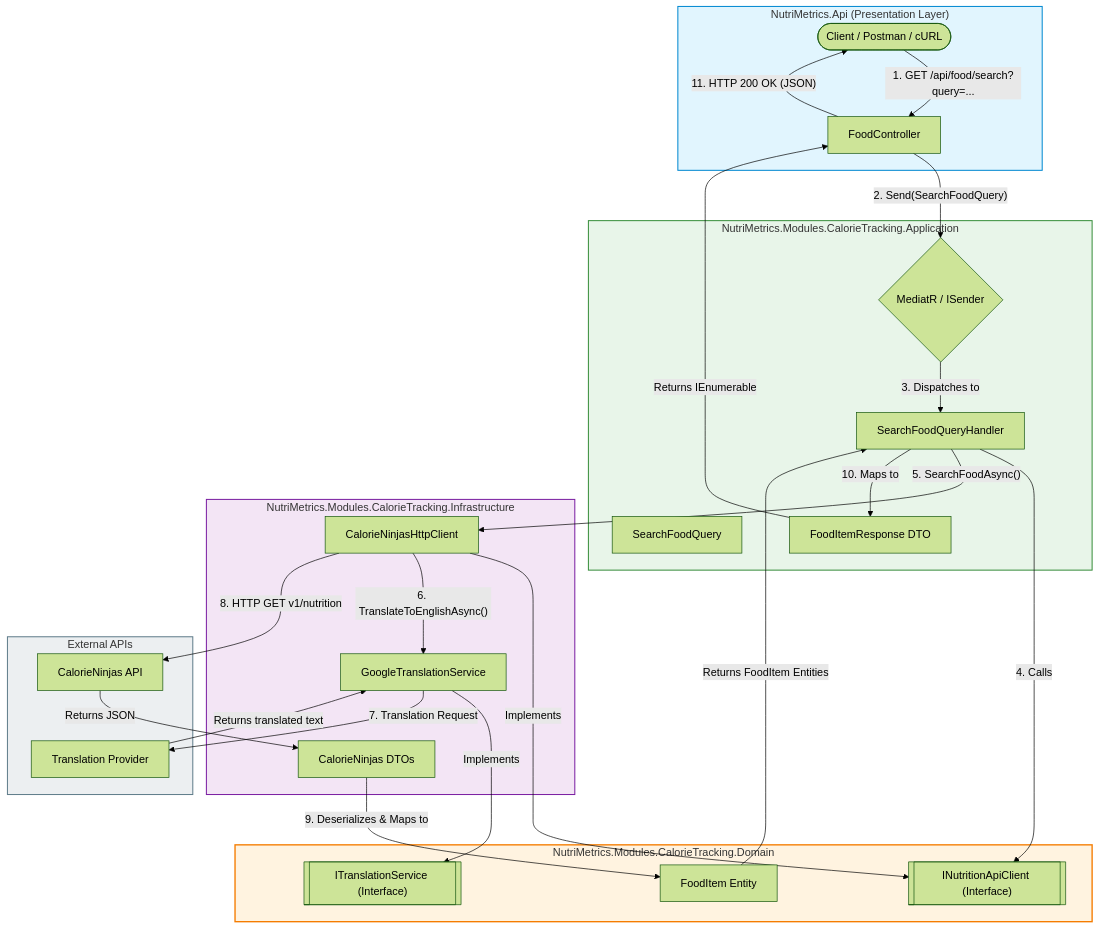
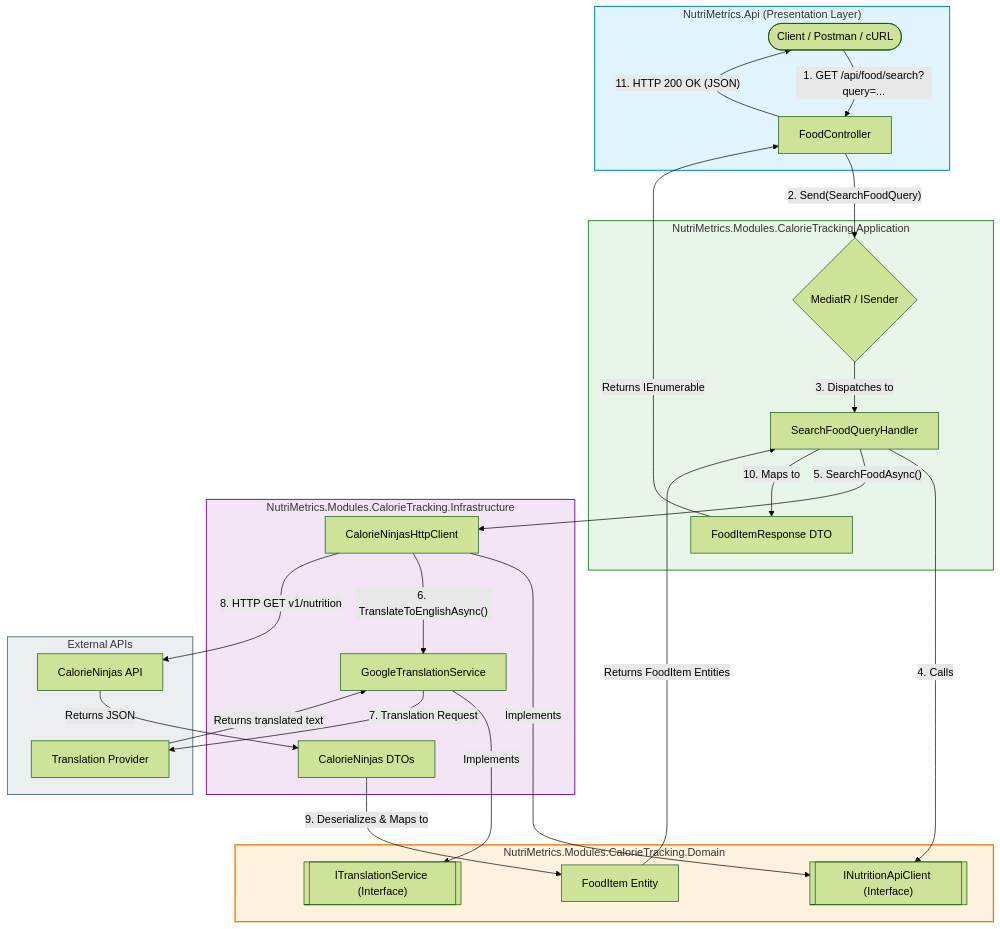
Before and after one commit to quirosmirandavictor/nutri_metrics: the diagram in README.md, drawn with Mermaid (forest theme). The commit also changed other lines of this file and 46 other files, not shown here.

````diff
--- a/README.md
+++ b/README.md
@@ -70,72 +56,64 @@
 ```mermaid
 graph TD
-    %% Client & Host Layer
     subgraph Host["NutriMetrics.Api (Presentation Layer)"]
         Client([Client / Postman / cURL])
         Controller[FoodController]
     end
 
-    %% Application Layer (CQRS)
     subgraph Application["NutriMetrics.Modules.CalorieTracking.Application"]
         Mediator{MediatR / ISender}
-        Query[SearchFoodQuery]
         Handler[SearchFoodQueryHandler]
         ResponseDTO[FoodItemResponse DTO]
     end
 
-    %% Domain Layer
     subgraph Domain["NutriMetrics.Modules.CalorieTracking.Domain"]
         Entity[FoodItem Entity]
         NutritionContract[["INutritionApiClient (Interface)"]]
         TranslationContract[["ITranslationService (Interface)"]]
     end
 
-    %% Infrastructure Layer
     subgraph Infrastructure["NutriMetrics.Modules.CalorieTracking.Infrastructure"]
         HttpClient[CalorieNinjasHttpClient]
         TranslateService[GoogleTranslationService]
         ExternalDTOs[CalorieNinjas DTOs]
     end
 
-    %% External Services
     subgraph External["External APIs"]
         GoogleAPI["Translation Provider"]
         CalorieNinjasAPI["CalorieNinjas API"]
     end
 
-    %% Flow Relationships
     Client -->|"1. GET /api/food/search?query=..."| Controller
     Controller -->|"2. Send(SearchFoodQuery)"| Mediator
     Mediator -->|"3. Dispatches to"| Handler
     Handler -->|"4. Calls"| NutritionContract
-    
+
     HttpClient -->|"Implements"| NutritionContract
     TranslateService -->|"Implements"| TranslationContract
 
     Handler -->|"5. SearchFoodAsync()"| HttpClient
     HttpClient -->|"6. TranslateToEnglishAsync()"| TranslateService
     TranslateService -->|"7. Translation Request"| GoogleAPI
     GoogleAPI -->|"Returns translated text"| TranslateService
-    
+
     HttpClient -->|"8. HTTP GET v1/nutrition"| CalorieNinjasAPI
     CalorieNinjasAPI -->|"Returns JSON"| ExternalDTOs
     ExternalDTOs -->|"9. Deserializes & Maps to"| Entity
-    
+
     Entity -->|"Returns FoodItem Entities"| Handler
     Handler -->|"10. Maps to"| ResponseDTO
     ResponseDTO -->|"Returns IEnumerable"| Controller
     Controller -->|"11. HTTP 200 OK (JSON)"| Client
 
-    %% Styling
     classDef host fill:#e1f5fe,stroke:#0288d1,stroke-width:1.5px;
     classDef app fill:#e8f5e9,stroke:#388e3c,stroke-width:1.5px;
     classDef domain fill:#fff3e0,stroke:#f57c00,stroke-width:2px;
     classDef infra fill:#f3e5f5,stroke:#7b1fa2,stroke-width:1.5px;
     classDef ext fill:#eceff1,stroke:#607d8b,stroke-width:1.5px;
 
     class Host host;
     class Application app;
     class Domain domain;
     class Infrastructure infra;
     class External ext;
 ```
````
